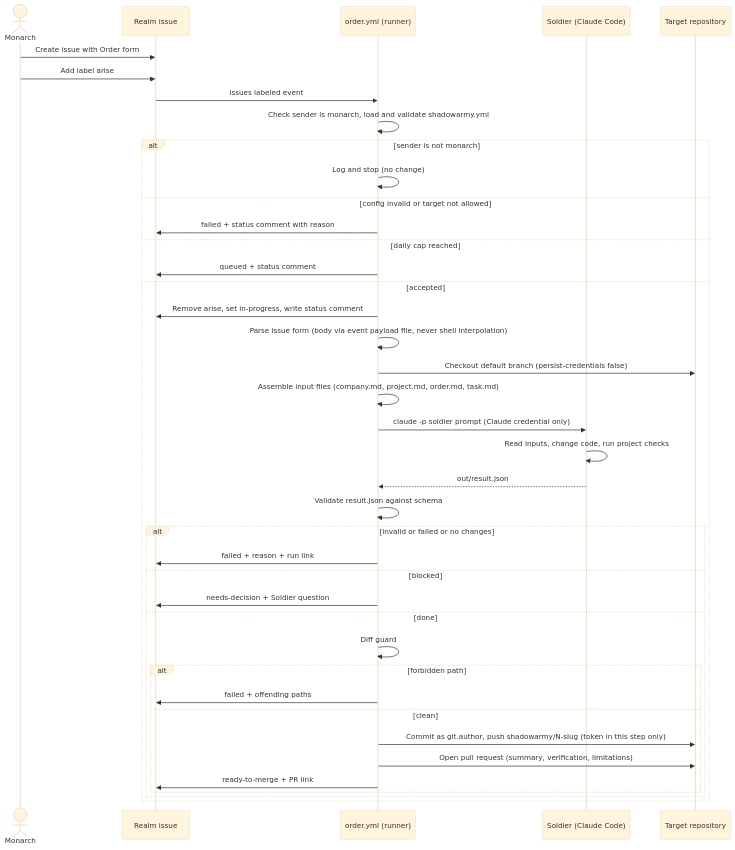
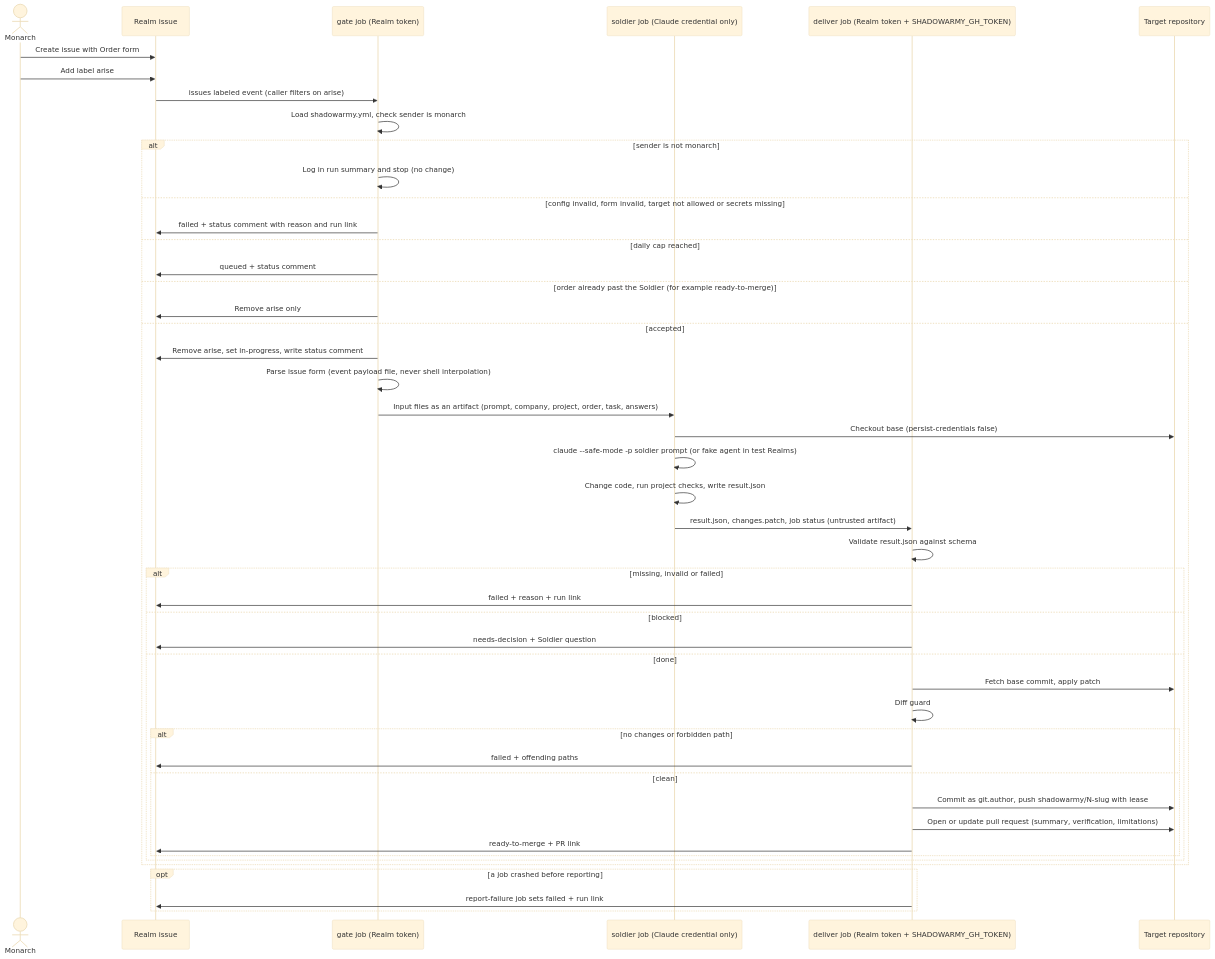
One commit to Vrajesh-works/shadowarmy changed the diagram in functional-diagrams/actions/single-task-order.md. Above: the diagram before and after it, drawn with Mermaid (base theme). The commit also changed other lines of this file and 50 other files, not shown here.

First line of the commit message:
Add milestone 1 single-task order workflow

````diff
--- a/functional-diagrams/actions/single-task-order.md
+++ b/functional-diagrams/actions/single-task-order.md
@@ -5,43 +5,50 @@
 ```mermaid
 sequenceDiagram
   actor Monarch
   participant Realm as Realm issue
-  participant WF as order.yml (runner)
-  participant Agent as Soldier (Claude Code)
+  participant Gate as gate job (Realm token)
+  participant Soldier as soldier job (Claude credential only)
+  participant Deliver as deliver job (Realm token + SHADOWARMY_GH_TOKEN)
   participant Target as Target repository
 
   Monarch->>Realm: Create issue with Order form
   Monarch->>Realm: Add label arise
-  Realm->>WF: issues labeled event
-  WF->>WF: Check sender is monarch, load and validate shadowarmy.yml
+  Realm->>Gate: issues labeled event (caller filters on arise)
+  Gate->>Gate: Load shadowarmy.yml, check sender is monarch
   alt sender is not monarch
-    WF->>WF: Log and stop (no change)
-  else config invalid or target not allowed
-    WF->>Realm: failed + status comment with reason
+    Gate->>Gate: Log in run summary and stop (no change)
+  else config invalid, form invalid, target not allowed or secrets missing
+    Gate->>Realm: failed + status comment with reason and run link
   else daily cap reached
-    WF->>Realm: queued + status comment
+    Gate->>Realm: queued + status comment
+  else order already past the Soldier (for example ready-to-merge)
+    Gate->>Realm: Remove arise only
   else accepted
-    WF->>Realm: Remove arise, set in-progress, write status comment
-    WF->>WF: Parse issue form (body via event payload file, never shell interpolation)
-    WF->>Target: Checkout default branch (persist-credentials false)
-    WF->>WF: Assemble input files (company.md, project.md, order.md, task.md)
-    WF->>Agent: claude -p soldier prompt (Claude credential only)
-    Agent->>Agent: Read inputs, change code, run project checks
-    Agent-->>WF: out/result.json
-    WF->>WF: Validate result.json against schema
-    alt invalid or failed or no changes
-      WF->>Realm: failed + reason + run link
+    Gate->>Realm: Remove arise, set in-progress, write status comment
+    Gate->>Gate: Parse issue form (event payload file, never shell interpolation)
+    Gate->>Soldier: Input files as an artifact (prompt, company, project, order, task, answers)
+    Soldier->>Target: Checkout base (persist-credentials false)
+    Soldier->>Soldier: claude --safe-mode -p soldier prompt (or fake agent in test Realms)
+    Soldier->>Soldier: Change code, run project checks, write result.json
+    Soldier->>Deliver: result.json, changes.patch, job status (untrusted artifact)
+    Deliver->>Deliver: Validate result.json against schema
+    alt missing, invalid or failed
+      Deliver->>Realm: failed + reason + run link
     else blocked
-      WF->>Realm: needs-decision + Soldier question
+      Deliver->>Realm: needs-decision + Soldier question
     else done
-      WF->>WF: Diff guard
-      alt forbidden path
-        WF->>Realm: failed + offending paths
+      Deliver->>Target: Fetch base commit, apply patch
+      Deliver->>Deliver: Diff guard
+      alt no changes or forbidden path
+        Deliver->>Realm: failed + offending paths
       else clean
-        WF->>Target: Commit as git.author, push shadowarmy/N-slug (token in this step only)
-        WF->>Target: Open pull request (summary, verification, limitations)
-        WF->>Realm: ready-to-merge + PR link
+        Deliver->>Target: Commit as git.author, push shadowarmy/N-slug with lease
+        Deliver->>Target: Open or update pull request (summary, verification, limitations)
+        Deliver->>Realm: ready-to-merge + PR link
       end
     end
   end
+  opt a job crashed before reporting
+    Deliver->>Realm: report-failure job sets failed + run link
+  end
 ```
````
